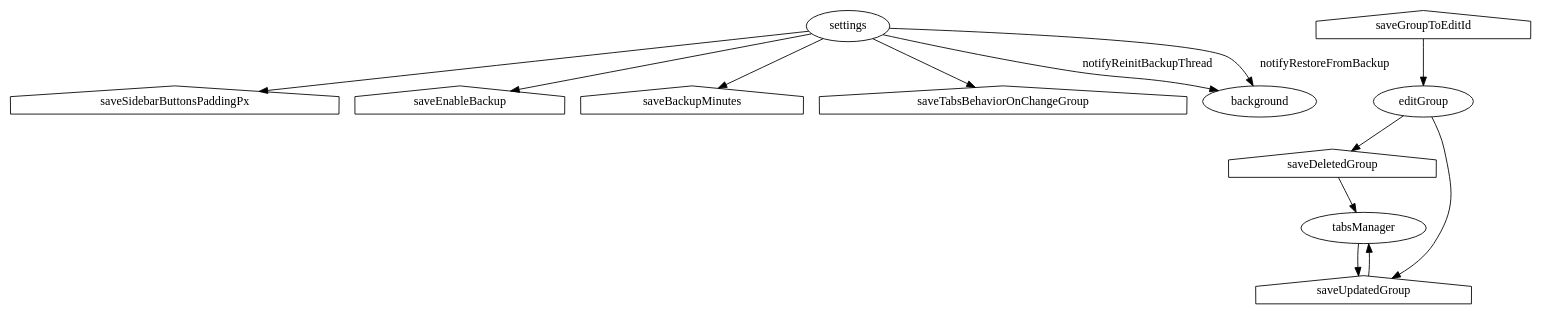
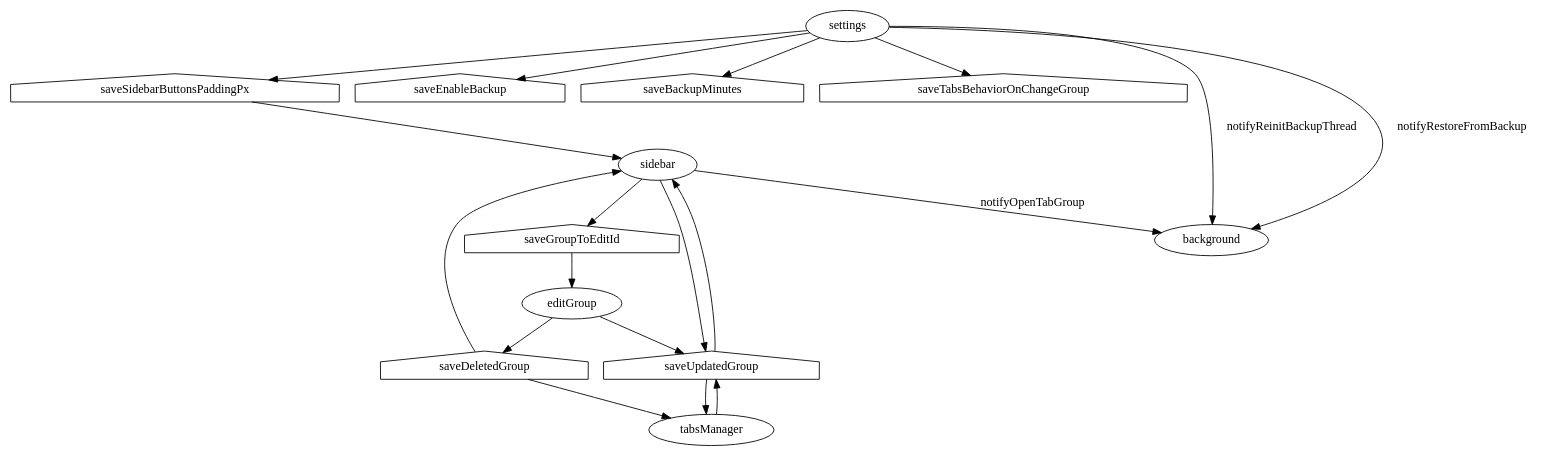
The diagram in SCHEME2.dot (EoinKanro/sidebar-tab-groups), drawn with Graphviz before and after one commit. The commit also changed 10 other files, not shown here.

```diff
--- a/SCHEME2.dot
+++ b/SCHEME2.dot
@@ -1,29 +1,36 @@
 digraph G {
 
   saveSidebarButtonsPaddingPx [ shape=house ];
   saveEnableBackup [ shape=house ];
   saveBackupMinutes [ shape=house ];
   saveTabsBehaviorOnChangeGroup [ shape=house ];
   saveDeletedGroup [ shape=house ];
   saveUpdatedGroup [ shape=house ];
   saveGroupToEditId [ shape=house ];
 
   settings -> saveSidebarButtonsPaddingPx;
   settings -> saveEnableBackup;
   settings -> saveBackupMinutes;
   settings -> saveTabsBehaviorOnChangeGroup;
 
   settings -> background [ label = notifyReinitBackupThread ];
   settings -> background [ label = notifyRestoreFromBackup ];
 
   editGroup -> saveDeletedGroup;
   editGroup -> saveUpdatedGroup;
 
   saveGroupToEditId -> editGroup;
 
   tabsManager -> saveUpdatedGroup;
 
   saveUpdatedGroup -> tabsManager;
   saveDeletedGroup -> tabsManager;
 
+  sidebar -> background [ label = notifyOpenTabGroup ];
+  sidebar -> saveUpdatedGroup;
+  sidebar -> saveGroupToEditId;
+
+  saveUpdatedGroup -> sidebar;
+  saveDeletedGroup -> sidebar;
+  saveSidebarButtonsPaddingPx -> sidebar;
 }
```
